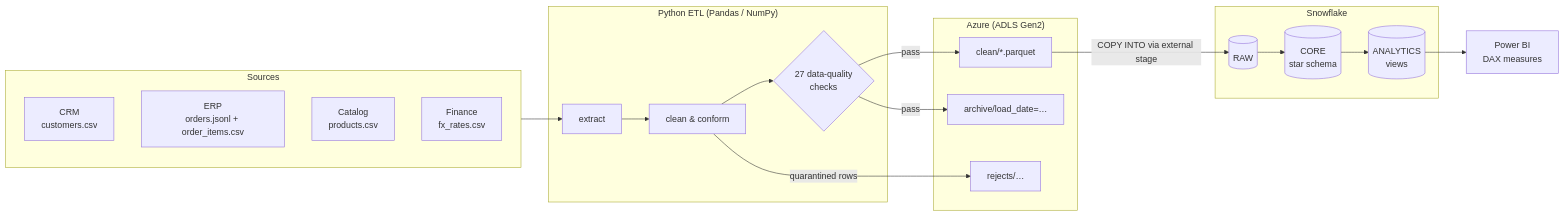
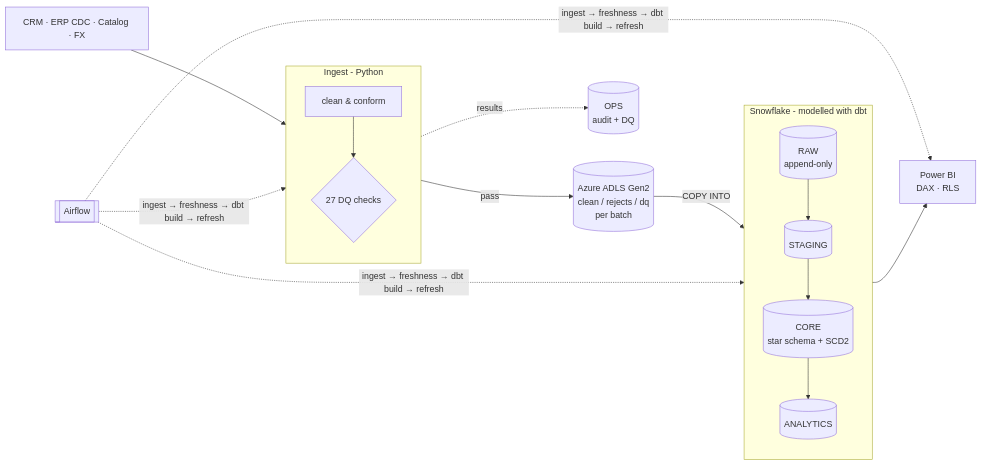
One commit to Akashchandra-30/customer-revenue-intelligence-platform changed the diagram in README.md. Above: the diagram before and after it, drawn with Mermaid. The commit also changed other lines of this file and 88 other files, not shown here.

First line of the commit message:
Upgrade to production-grade architecture

````diff
--- a/README.md
+++ b/README.md
@@ -11,29 +17,21 @@
 ```mermaid
 flowchart LR
-    subgraph Sources
-        CRM[CRM<br/>customers.csv]
-        ERP[ERP<br/>orders.jsonl + order_items.csv]
-        CAT[Catalog<br/>products.csv]
-        FIN[Finance<br/>fx_rates.csv]
+    S[CRM · ERP CDC · Catalog · FX] --> I
+
+    subgraph I["Ingest - Python"]
+        direction TB
+        I1[clean & conform] --> I2{27 DQ checks}
     end
 
-    subgraph Python["Python ETL (Pandas / NumPy)"]
-        EX[extract] --> TR[clean & conform] --> DQ{27 data-quality<br/>checks}
+    I2 -- pass --> L[(Azure ADLS Gen2<br/>clean / rejects / dq<br/>per batch)]
+    L -- COPY INTO --> R
+
+    subgraph SF["Snowflake - modelled with dbt"]
+        direction TB
+        R[(RAW<br/>append-only)] --> ST[(STAGING)] --> C[(CORE<br/>star schema + SCD2)] --> A[(ANALYTICS)]
     end
 
-    subgraph Azure["Azure (ADLS Gen2)"]
-        CL[clean/*.parquet]
-        AR[archive/load_date=…]
-        RJ[rejects/…]
-    end
-
-    subgraph Snowflake
-        RAW[(RAW)] --> CORE[(CORE<br/>star schema)] --> AN[(ANALYTICS<br/>views)]
-    end
-
-    Sources --> EX
-    DQ -- pass --> CL & AR
-    TR -- quarantined rows --> RJ
-    CL -- "COPY INTO via external stage" --> RAW
-    AN --> PBI[Power BI<br/>DAX measures]
+    A --> P[Power BI<br/>DAX · RLS]
+    I2 -. results .-> O[(OPS<br/>audit + DQ)]
+    AF[[Airflow]] -. ingest → freshness → dbt build → refresh .-> I & SF & P
 ```
````
